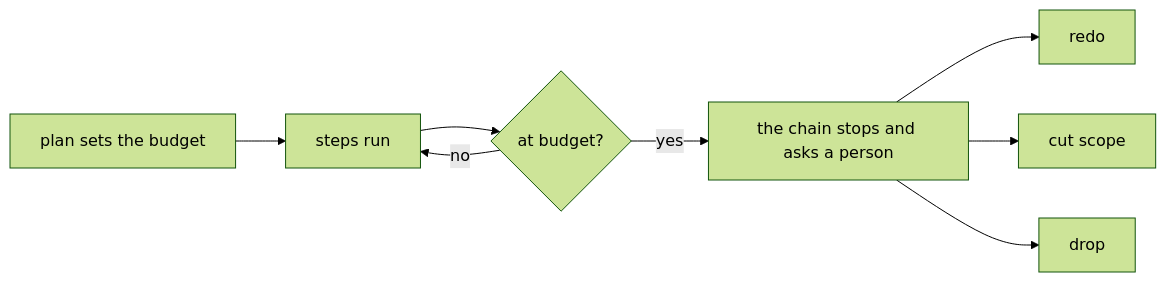
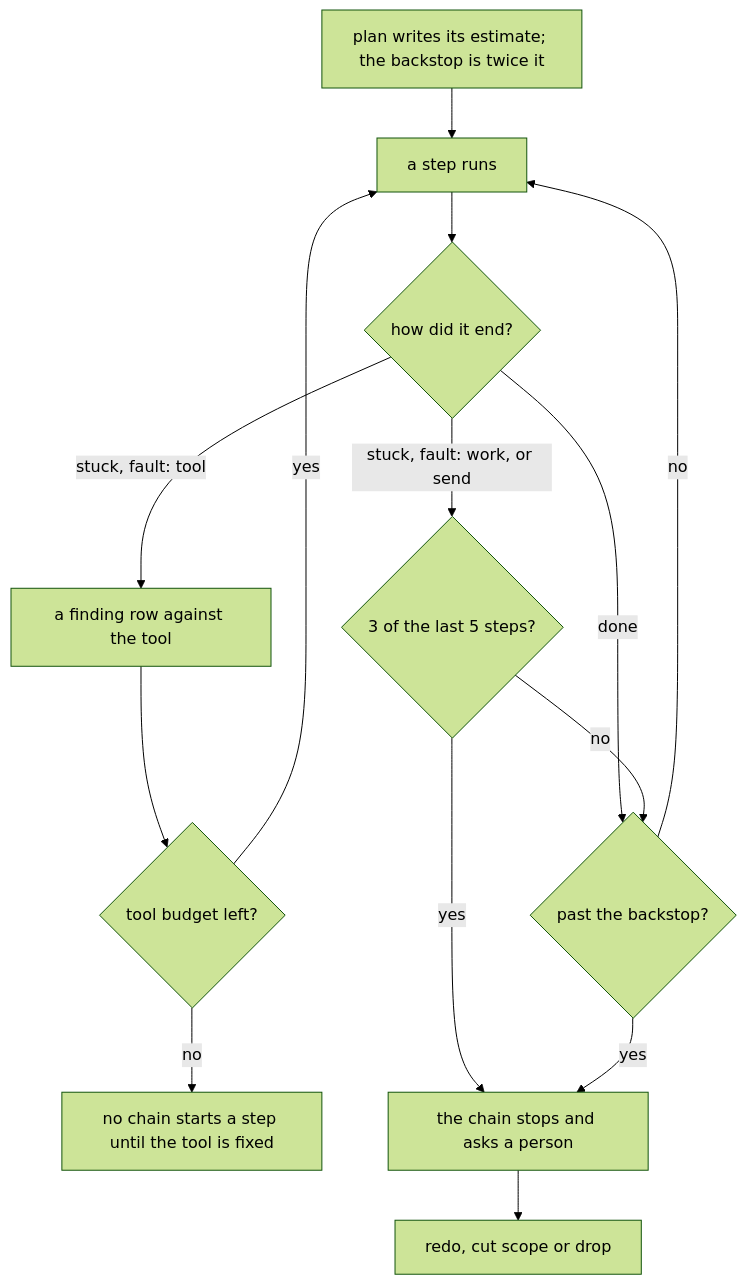
The diagram in .decisions/0076-a-lane-stops-at-its-budget.md (usirin/tea-fabrika), drawn with Mermaid (forest theme) before and after one commit. The commit also changed other lines of this file and 1 other file, not shown here.

Commit message:
0076 amended: a lane stops at 3 work-caused stuck steps or send-backs in its last 5, tool faults drain a shared tool budget, and twice the estimate is the backstop

````diff
--- a/.decisions/0076-a-lane-stops-at-its-budget.md
+++ b/.decisions/0076-a-lane-stops-at-its-budget.md
@@ -14,10 +17,16 @@
 ```mermaid
-flowchart LR
-  plan["plan sets the budget"] --> steps["steps run"]
-  steps --> check{"at budget?"}
-  check -- no --> steps
-  check -- yes --> stop["the chain stops and asks a person"]
-  stop --> redo["redo"]
-  stop --> cut["cut scope"]
-  stop --> drop["drop"]
+flowchart TD
+  plan["plan writes its estimate; the backstop is twice it"] --> step["a step runs"]
+  step --> how{"how did it end?"}
+  how -- "stuck, fault: tool" --> finding["a finding row against the tool"]
+  finding --> tools{"tool budget left?"}
+  tools -- "yes" --> step
+  tools -- "no" --> hold["no chain starts a step until the tool is fixed"]
+  how -- "stuck, fault: work, or send" --> window{"3 of the last 5 steps?"}
+  how -- "done" --> backstop{"past the backstop?"}
+  window -- "no" --> backstop
+  window -- "yes" --> stop["the chain stops and asks a person"]
+  backstop -- "no" --> step
+  backstop -- "yes" --> stop
+  stop --> answers["redo, cut scope or drop"]
 ```
````
